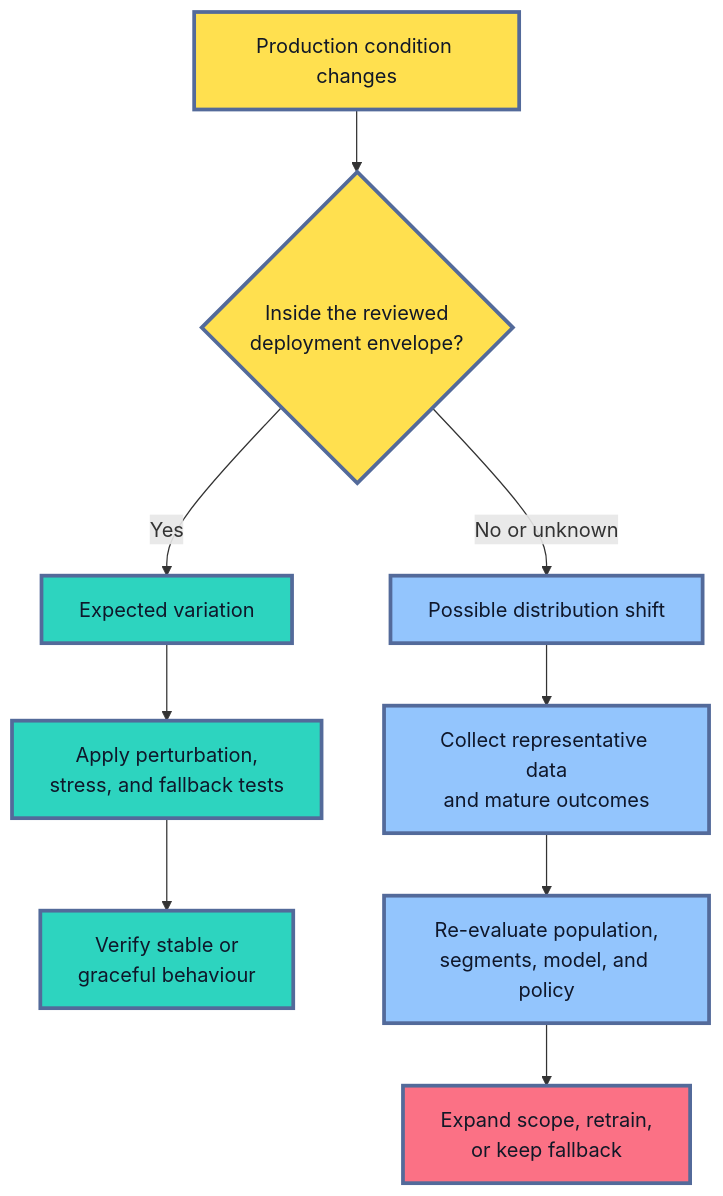
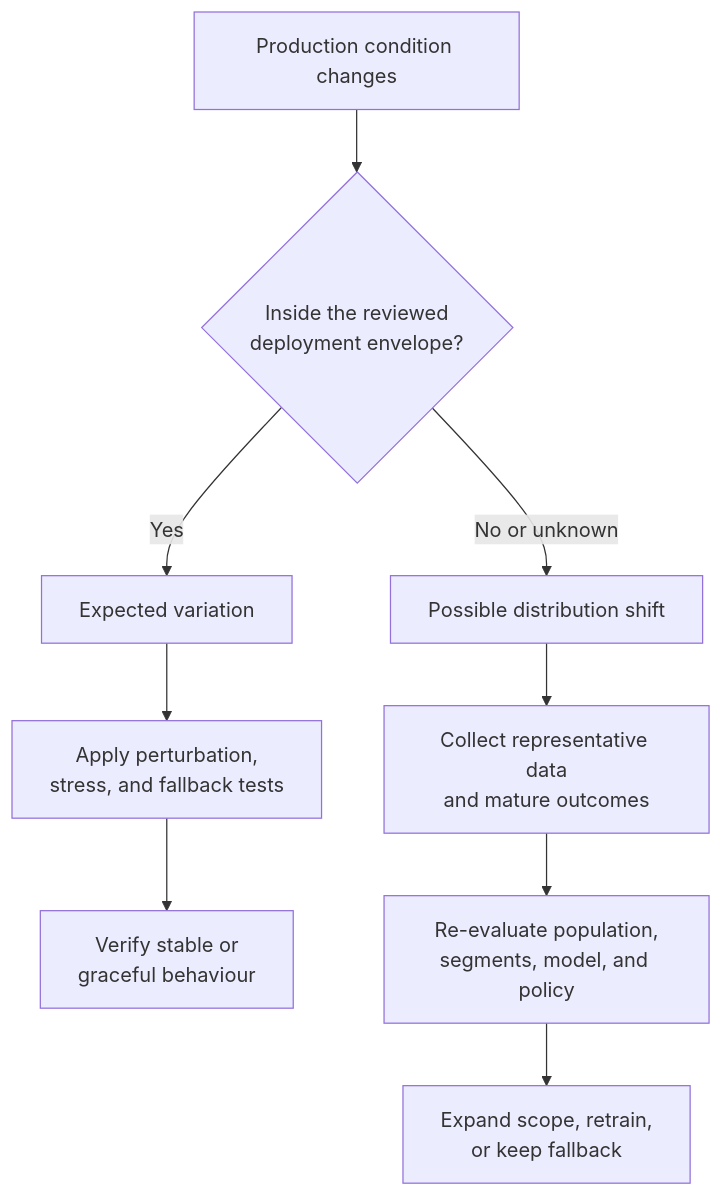
Before and after one commit to senlinyy/dev-roadmaps: the second of 12 diagrams in roadmaps/mlops/modules/model-evaluation/production-readiness/03-robustness-testing-before-release.md, drawn with Mermaid. The commit also changed other lines of this file and 152 other files, not shown here.

Commit message:
feat: mlops and diagrams updated

````diff
--- a/roadmaps/mlops/modules/model-evaluation/production-readiness/03-robustness-testing-before-release.md
+++ b/roadmaps/mlops/modules/model-evaluation/production-readiness/03-robustness-testing-before-release.md
@@ -104,20 +100,16 @@
 ```mermaid
 flowchart TD
     A["Production condition changes"] --> B{"Inside the reviewed<br/>deployment envelope?"}
     B -->|"Yes"| C["Expected variation"]
     C --> D["Apply perturbation,<br/>stress, and fallback tests"]
     D --> E["Verify stable or<br/>graceful behaviour"]
     B -->|"No or unknown"| F["Possible distribution shift"]
     F --> G["Collect representative data<br/>and mature outcomes"]
     G --> H["Re-evaluate population,<br/>segments, model, and policy"]
     H --> I["Expand scope, retrain,<br/>or keep fallback"]
 
-    classDef change fill:#FFE04F,stroke:#536A9A,stroke-width:3px,color:#111827
-    classDef expected fill:#2DD4BF,stroke:#536A9A,stroke-width:3px,color:#0F172A
-    classDef shift fill:#93C5FD,stroke:#536A9A,stroke-width:3px,color:#0F172A
-    classDef action fill:#FB7185,stroke:#536A9A,stroke-width:3px,color:#111827
     class A,B change
     class C,D,E expected
     class F,G,H shift
     class I action
 ```
````
